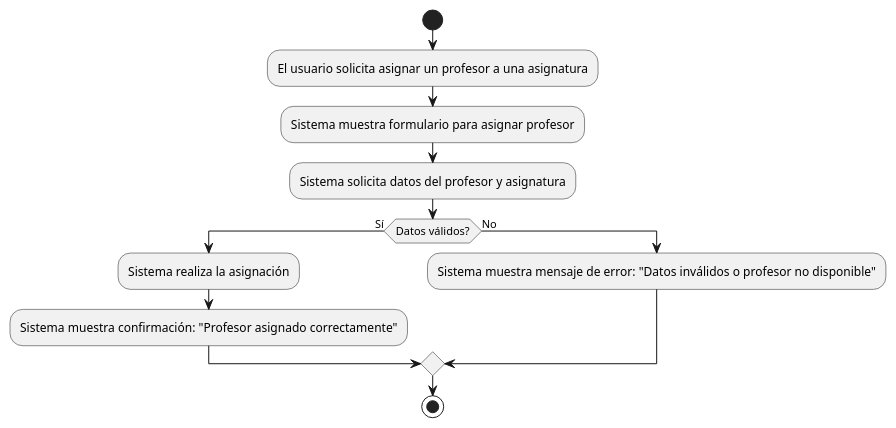
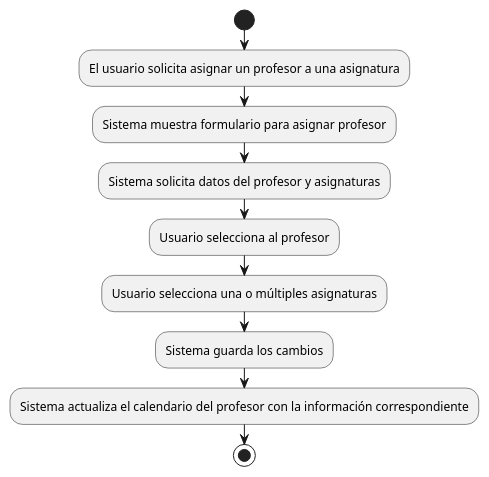
The diagram in casosDeUso/plantUML/AsignarProfesor.puml (mmasias/24-25-IdSw1-SDR), drawn with PlantUML before and after one commit. The commit also changed 15 other files, not shown here.

Commit message:
Mejore los casos de uso y diagramas

```diff
--- a/casosDeUso/plantUML/AsignarProfesor.puml
+++ b/casosDeUso/plantUML/AsignarProfesor.puml
@@ -1,13 +1,11 @@
 @startuml
 start
 :El usuario solicita asignar un profesor a una asignatura;
 :Sistema muestra formulario para asignar profesor;
-:Sistema solicita datos del profesor y asignatura;
-if (Datos válidos?) then (Sí)
-  :Sistema realiza la asignación;
-  :Sistema muestra confirmación: "Profesor asignado correctamente";
-else (No)
-  :Sistema muestra mensaje de error: "Datos inválidos o profesor no disponible";
-endif
+:Sistema solicita datos del profesor y asignaturas;
+:Usuario selecciona al profesor;
+:Usuario selecciona una o múltiples asignaturas;
+:Sistema guarda los cambios;
+:Sistema actualiza el calendario del profesor con la información correspondiente;
 stop
 @enduml
```
